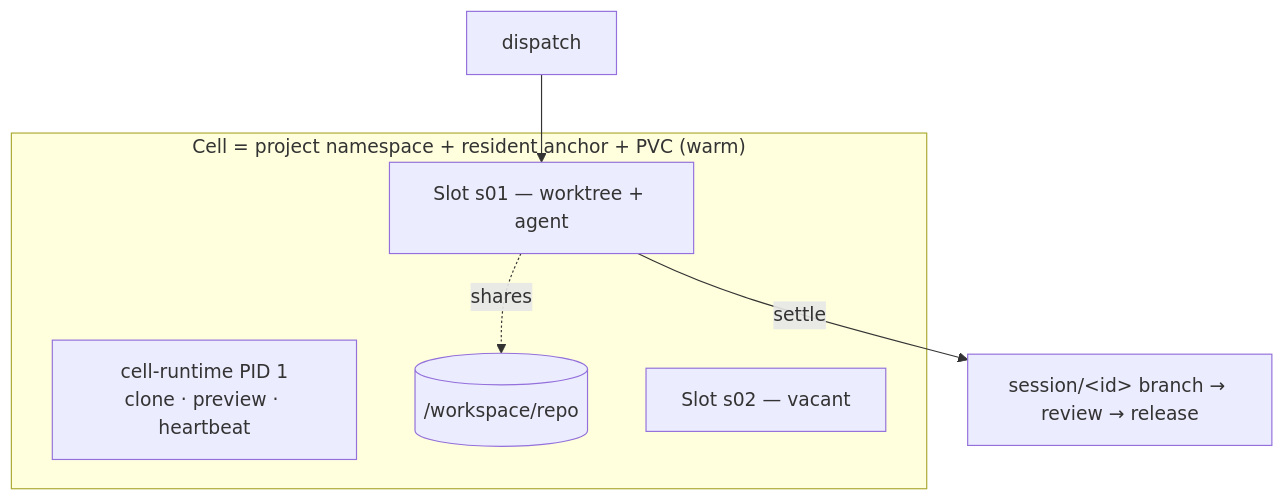
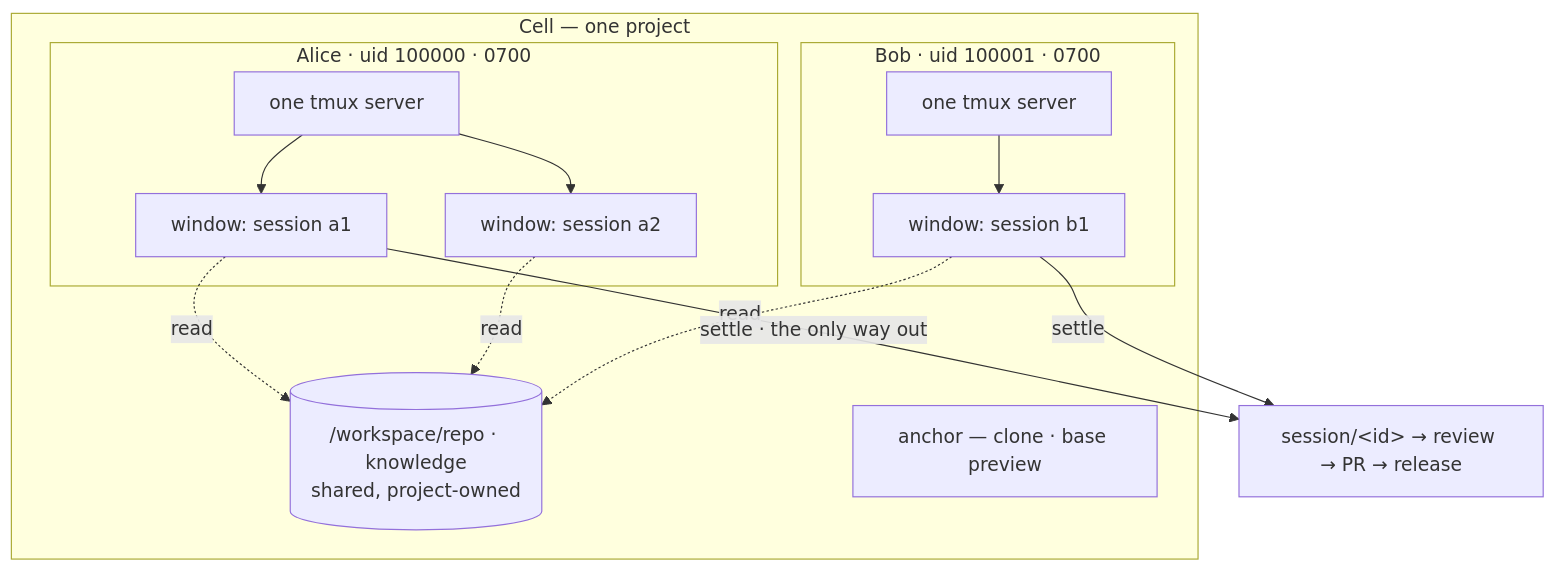
Before and after one commit to zippo1908/agentcell: the diagram in README.md, drawn with Mermaid. The commit also changed other lines of this file and 1 other file, not shown here.

````diff
--- a/README.md
+++ b/README.md
@@ -44,12 +48,21 @@
 ```mermaid
 flowchart TB
-    subgraph CELL["Cell = project namespace + resident anchor + PVC (warm)"]
-        PID1["cell-runtime PID 1<br/>clone · preview · heartbeat"]
-        OBJ[("/workspace/repo")]
-        S1["Slot s01 — worktree + agent"]
-        S2["Slot s02 — vacant"]
+    subgraph CELL["Cell — one project"]
+        OBJ[("/workspace/repo · knowledge<br/>shared, project-owned")]
+        ANCHOR["anchor — clone · base preview"]
+        subgraph UA["Alice · uid 100000 · 0700"]
+            TA["one tmux server"]
+            WA1["window: session a1"]
+            WA2["window: session a2"]
+        end
+        subgraph UB["Bob · uid 100001 · 0700"]
+            TB["one tmux server"]
+            WB1["window: session b1"]
+        end
     end
-    D["dispatch"] --> S1
-    S1 -->|settle| BR["session/&lt;id&gt; branch → review → release"]
-    S1 -.->|shares| OBJ
+    TA --> WA1 & WA2
+    TB --> WB1
+    WA1 & WA2 & WB1 -.->|read| OBJ
+    WA1 -->|settle · the only way out| BR["session/&lt;id&gt; → review → PR → release"]
+    WB1 -->|settle| BR
 ```
````
